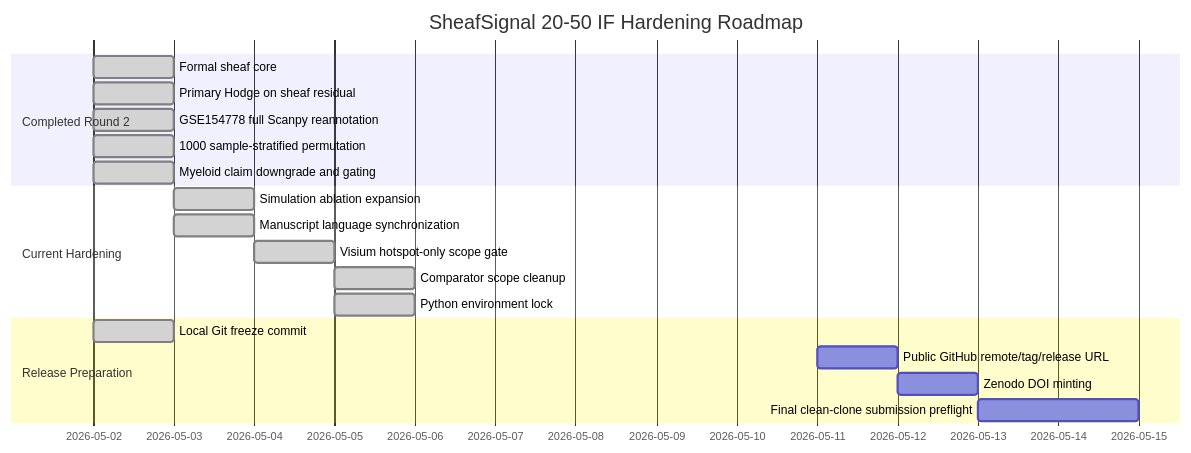
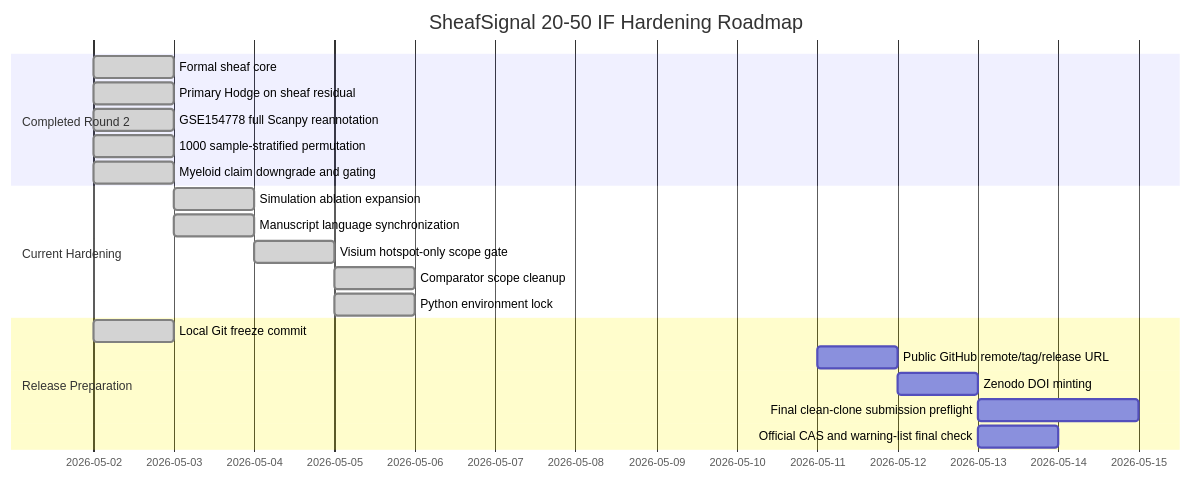
Before and after one commit to healthgreat/SheafSignal: the diagram in manuscript/SHEAFSIGNAL_STATUS_DASHBOARD_2026-05-02.md, drawn with Mermaid. The commit also changed other lines of this file and 11 other files, not shown here.

````diff
--- a/manuscript/SHEAFSIGNAL_STATUS_DASHBOARD_2026-05-02.md
+++ b/manuscript/SHEAFSIGNAL_STATUS_DASHBOARD_2026-05-02.md
@@ -35,25 +38,26 @@
 ```mermaid
 gantt
     title SheafSignal 20-50 IF Hardening Roadmap
     dateFormat  YYYY-MM-DD
 
     section Completed Round 2
     Formal sheaf core                           :done, 2026-05-02, 1d
     Primary Hodge on sheaf residual             :done, 2026-05-02, 1d
     GSE154778 full Scanpy reannotation          :done, 2026-05-02, 1d
     1000 sample-stratified permutation          :done, 2026-05-02, 1d
     Myeloid claim downgrade and gating          :done, 2026-05-02, 1d
 
     section Current Hardening
     Simulation ablation expansion               :done, 2026-05-03, 1d
     Manuscript language synchronization         :done, 2026-05-03, 1d
     Visium hotspot-only scope gate               :done, 2026-05-04, 1d
     Comparator scope cleanup                     :done, 2026-05-05, 1d
     Python environment lock                      :done, 2026-05-05, 1d
 
     section Release Preparation
     Local Git freeze commit                      :done, 2026-05-02, 1d
     Public GitHub remote/tag/release URL         :2026-05-11, 1d
     Zenodo DOI minting                           :2026-05-12, 1d
     Final clean-clone submission preflight       :2026-05-13, 2d
+    Official CAS and warning-list final check    :2026-05-13, 1d
 ```
````
